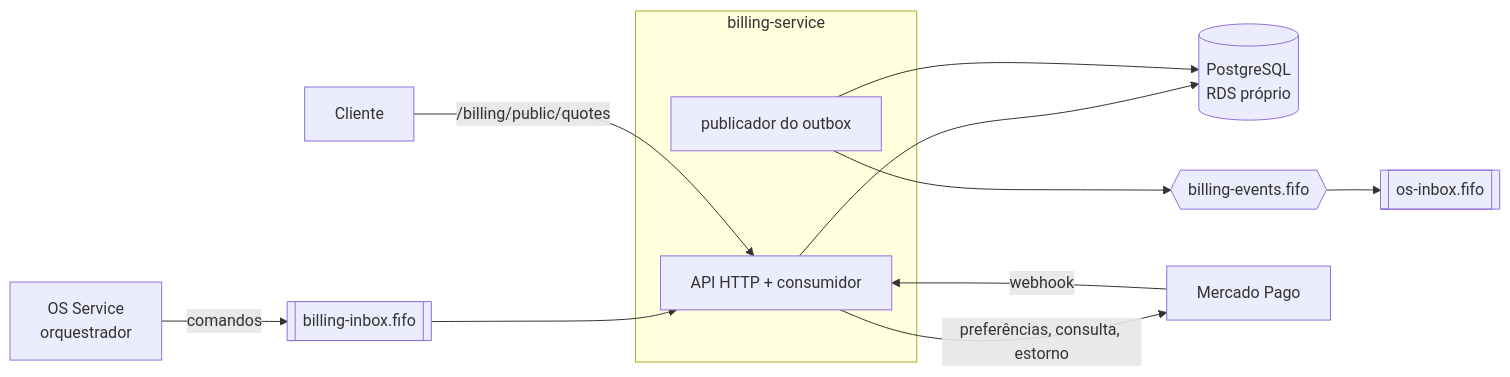
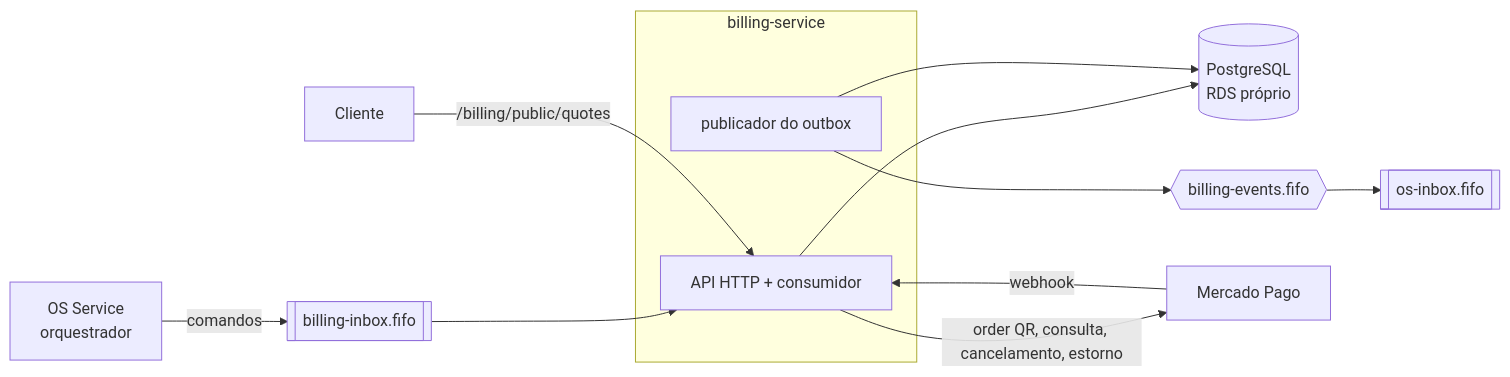
One commit to SOAT-15-Oficina/oficina-mecanica-billing-service changed the second of 2 diagrams in README.md. Above: the diagram before and after it, drawn with Mermaid. The commit also changed other lines of this file, not shown here.

Commit message:
Documenta o pagamento por QR Code, o mp-setup e o webhook de order

````diff
--- a/README.md
+++ b/README.md
@@ -119,16 +131,16 @@
 ```mermaid
 flowchart LR
     OS[OS Service<br/>orquestrador] -->|comandos| IN[[billing-inbox.fifo]]
     IN --> API
     subgraph pod [billing-service]
         API[API HTTP + consumidor]
         PUB[publicador do outbox]
     end
     API --> DB[(PostgreSQL<br/>RDS próprio)]
     PUB --> DB
     PUB --> TOP{{billing-events.fifo}}
     TOP --> OSIN[[os-inbox.fifo]]
     CLI[Cliente] -->|/billing/public/quotes| API
     MP[Mercado Pago] -->|webhook| API
-    API -->|preferências, consulta, estorno| MP
+    API -->|order QR, consulta, cancelamento, estorno| MP
 ```
````
